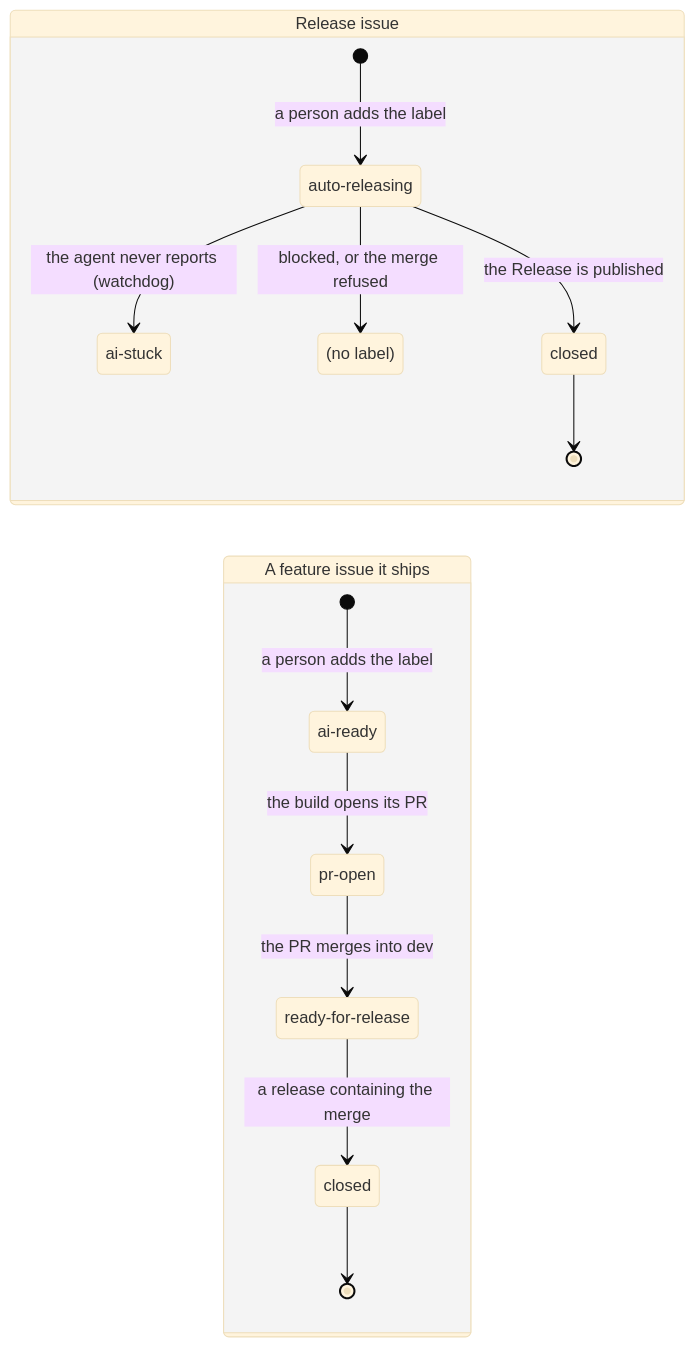
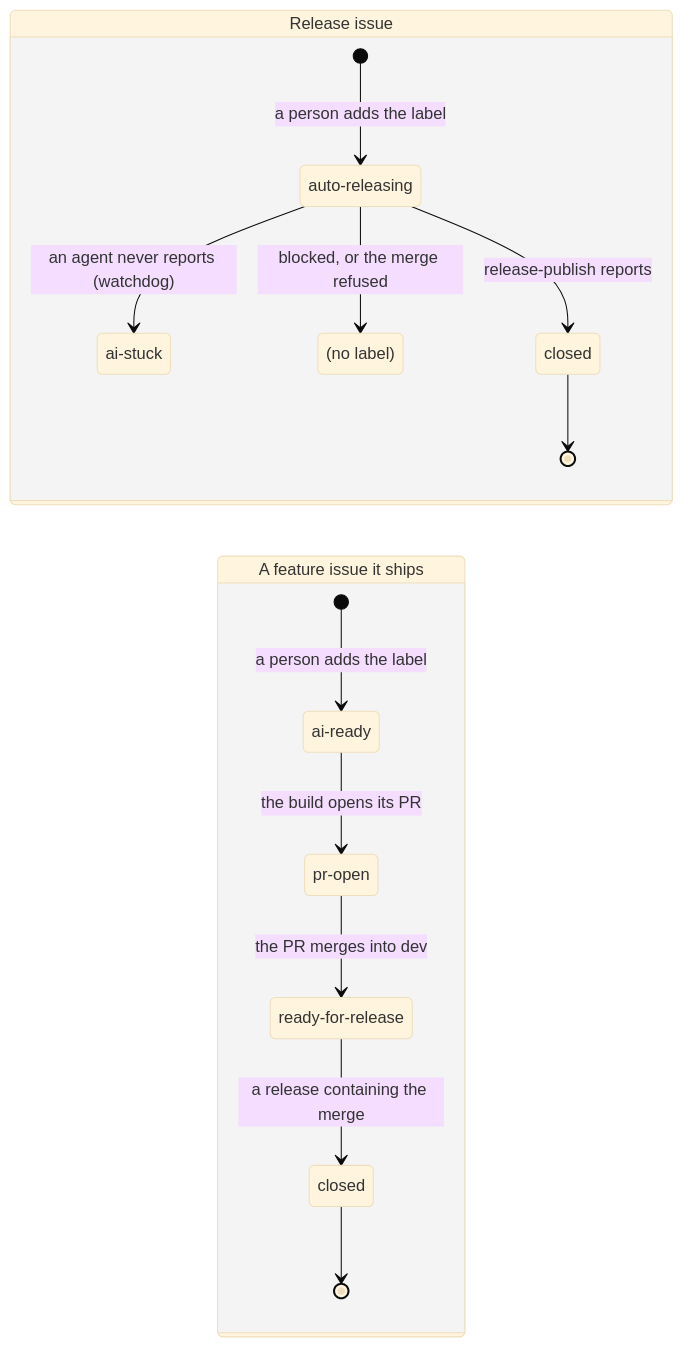
One commit to hifi-phil/umbraco-mcp-ops changed the third of 3 diagrams in docs/agent-orchestration/15-agent-splits.md. Above: the diagram before and after it, drawn with Mermaid (base theme). The commit also changed other lines of this file and 33 other files, not shown here.

````diff
--- a/docs/agent-orchestration/15-agent-splits.md
+++ b/docs/agent-orchestration/15-agent-splits.md
@@ -296,30 +305,30 @@
 ```mermaid
 stateDiagram-v2
     direction LR
 
     state "Release issue" as Rel {
         [*] --> auto_releasing: a person adds the label
-        auto_releasing --> ai_stuck: the agent never reports (watchdog)
+        auto_releasing --> ai_stuck: an agent never reports (watchdog)
         auto_releasing --> no_label: blocked, or the merge refused
-        auto_releasing --> closed_r: the Release is published
+        auto_releasing --> closed_r: release-publish reports
         closed_r --> [*]
 
         auto_releasing: auto-releasing
         ai_stuck: ai-stuck
         no_label: (no label)
         closed_r: closed
     }
 
     state "A feature issue it ships" as Feat {
         [*] --> ai_ready: a person adds the label
         ai_ready --> pr_open: the build opens its PR
         pr_open --> ready_for_release: the PR merges into dev
         ready_for_release --> closed_f: a release containing the merge
         closed_f --> [*]
 
         ai_ready: ai-ready
         pr_open: pr-open
         ready_for_release: ready-for-release
         closed_f: closed
     }
 ```
````
